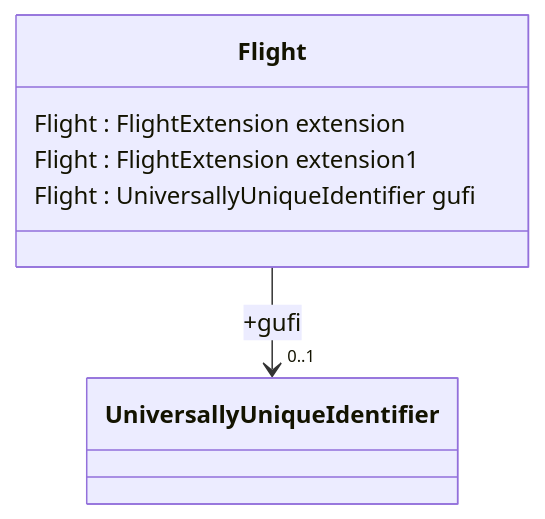
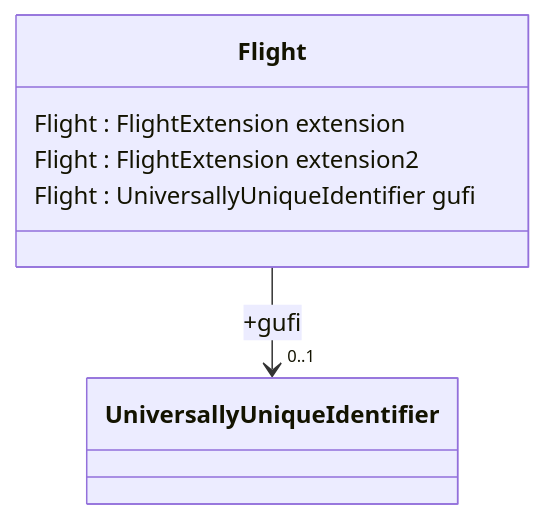
The second of 4 diagrams in docs/fixm/FIXM_UML_in_mermaid.md (du-lapin/test_docsify), drawn with Mermaid before and after one commit.

````diff
--- a/docs/fixm/FIXM_UML_in_mermaid.md
+++ b/docs/fixm/FIXM_UML_in_mermaid.md
@@ -24,9 +24,9 @@
 ```mermaid
 classDiagram
 class Flight{
 Flight : FlightExtension extension
-Flight : FlightExtension extension1
+Flight : FlightExtension extension2
 Flight : UniversallyUniqueIdentifier gufi
 }
 Flight --> "0..1"  UniversallyUniqueIdentifier : +gufi
 ```
````
